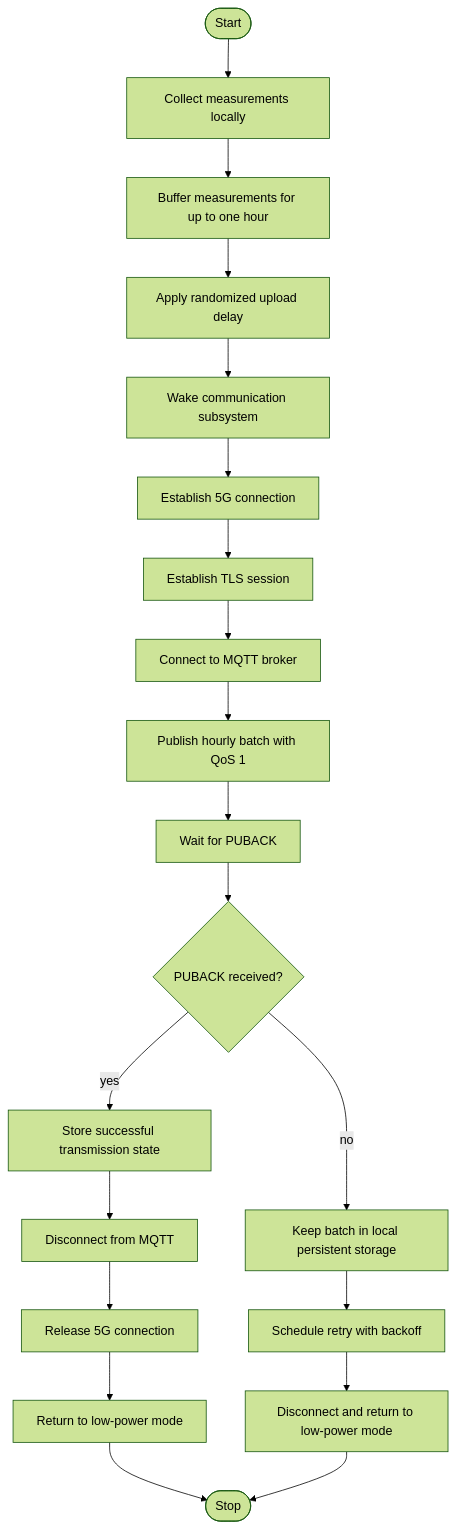
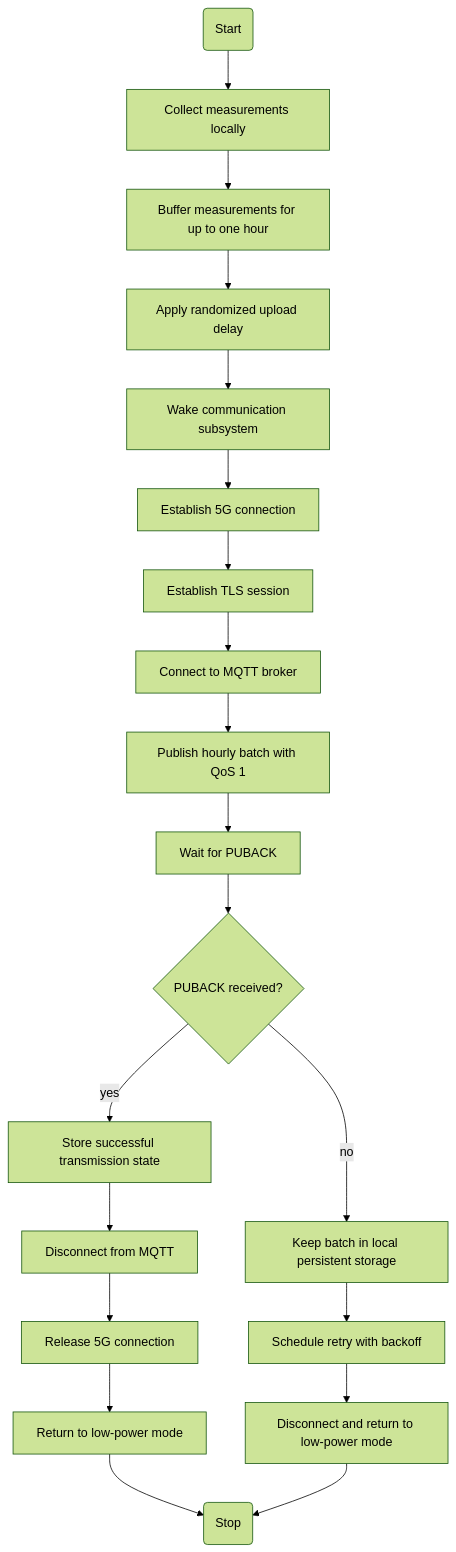
Before and after one commit to Basel-Hackthon-Smart-Trash/smart-trash: the second of 3 diagrams in documentation/Proof_of_Concept_for_the_system_architecture.md, drawn with Mermaid (forest theme). The commit also changed other lines of this file, not shown here.

````diff
--- a/documentation/Proof_of_Concept_for_the_system_architecture.md
+++ b/documentation/Proof_of_Concept_for_the_system_architecture.md
@@ -191,22 +191,22 @@
 ```mermaid
 flowchart TD
-    A([Start]) --> B[Collect measurements locally]
+    A(Start) --> B[Collect measurements locally]
     B --> C[Buffer measurements for up to one hour]
     C --> D[Apply randomized upload delay]
     D --> E[Wake communication subsystem]
     E --> F[Establish 5G connection]
     F --> G[Establish TLS session]
     G --> H[Connect to MQTT broker]
     H --> I[Publish hourly batch with QoS 1]
     I --> J[Wait for PUBACK]
     J --> K{PUBACK received?}
     K -- yes --> L[Store successful transmission state]
     L --> M[Disconnect from MQTT]
     M --> N[Release 5G connection]
     N --> O[Return to low-power mode]
     K -- no --> P[Keep batch in local persistent storage]
     P --> Q[Schedule retry with backoff]
     Q --> R[Disconnect and return to low-power mode]
-    O --> Z([Stop])
+    O --> Z(Stop)
     R --> Z
 ```
````
